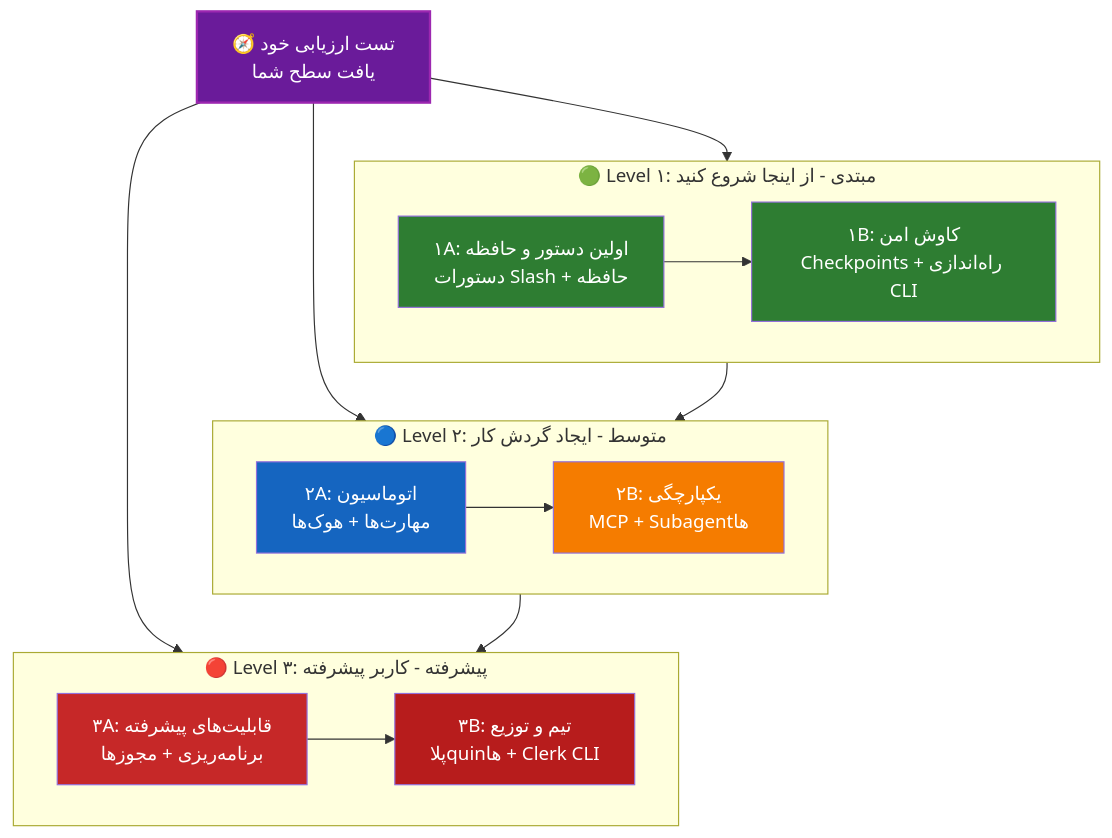
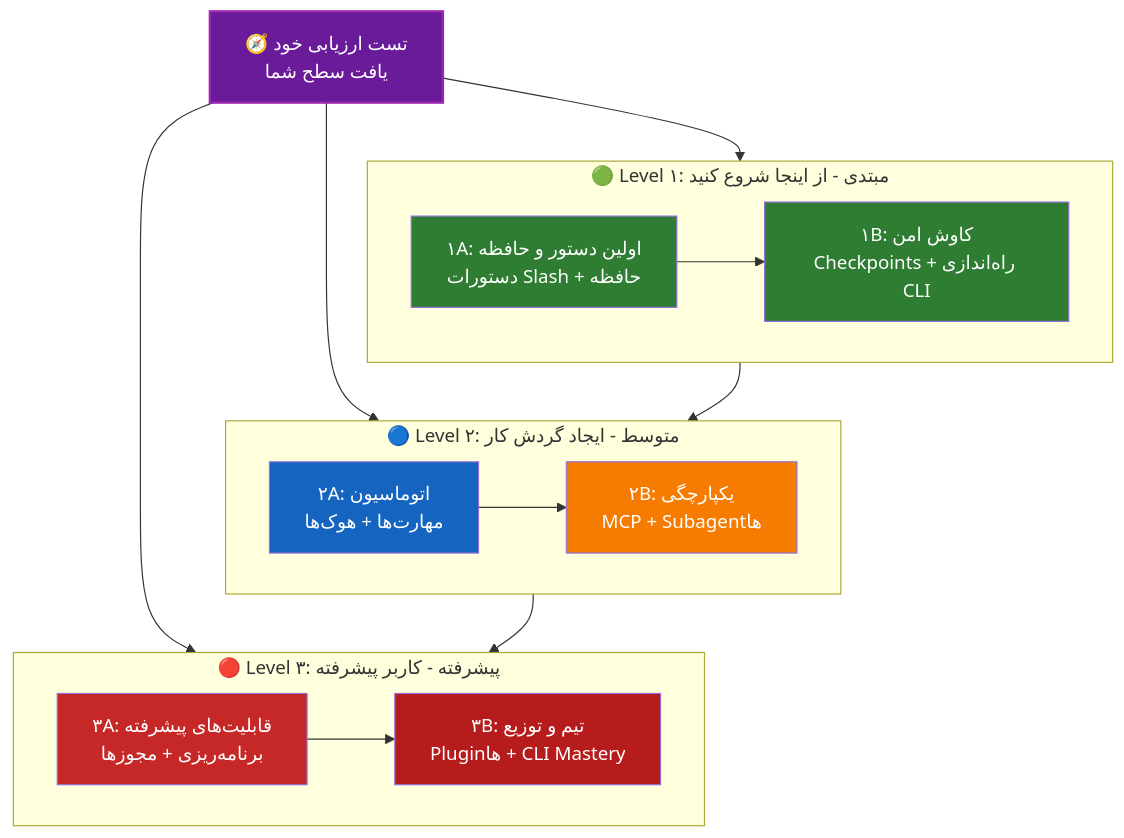
The diagram in fa/LEARNING-ROADMAP.md (hassanbht/claude-howto), drawn with Mermaid before and after one commit.

Commit message:
docs(fa): fix plugin/CLI label in learning roadmap

````diff
--- a/fa/LEARNING-ROADMAP.md
+++ b/fa/LEARNING-ROADMAP.md
@@ -56,32 +56,32 @@
 ```mermaid
 graph TD
     Q["🧭 تست ارزیابی خود<br/>یافت سطح شما"] --> L1
     Q --> L2
     Q --> L3
 
     subgraph L1["🟢 Level ۱: مبتدی - از اینجا شروع کنید"]
         direction LR
         A["۱A: اولین دستور و حافظه<br/>دستورات Slash + حافظه"] --> B["۱B: کاوش امن<br/>Checkpoints + راه‌اندازی CLI"]
     end
 
     subgraph L2["🔵 Level ۲: متوسط - ایجاد گردش کار"]
         direction LR
         C["۲A: اتوماسیون<br/>مهارت‌ها + هوک‌ها"] --> D["۲B: یکپارچگی<br/>MCP + Subagentها"]
     end
 
     subgraph L3["🔴 Level ۳: پیشرفته - کاربر پیشرفته"]
         direction LR
-        E["۳A: قابلیت‌های پیشرفته<br/>برنامه‌ریزی + مجوزها"] --> F["۳B: تیم و توزیع<br/>پلاquinها + Clerk CLI"]
+        E["۳A: قابلیت‌های پیشرفته<br/>برنامه‌ریزی + مجوزها"] --> F["۳B: تیم و توزیع<br/>Pluginها + CLI Mastery"]
     end
 
     L1 --> L2
     L2 --> L3
 
     style Q fill:#6A1B9A,color:#fff,stroke:#9C27B0,stroke-width:2px
     style A fill:#2E7D32,color:#fff
     style B fill:#2E7D32,color:#fff
     style C fill:#1565C0,color:#fff
     style D fill:#F57C00,color:#fff
     style E fill:#C62828,color:#fff
     style F fill:#B71C1C,color:#fff
 ```
````
